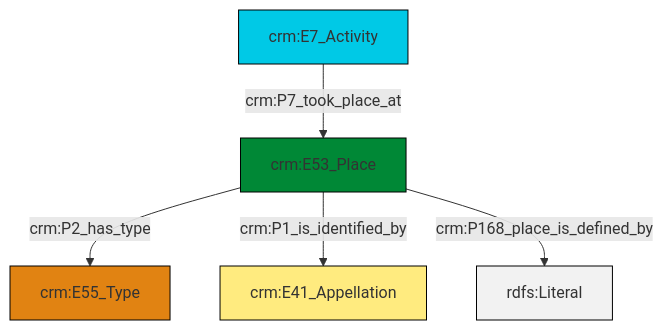
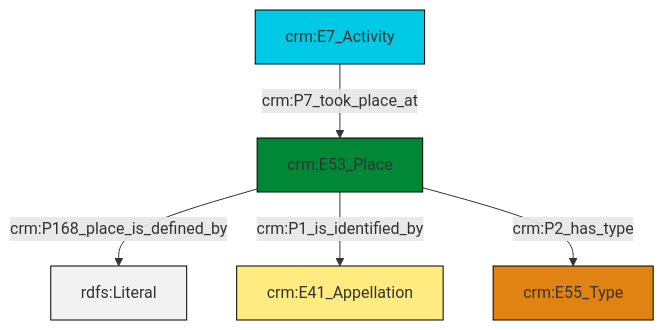
One commit to swiss-art-research-net/docs.swissartresearch changed the diagram in et/eventCSV/ttl/mmd/event_location.ttl.mmd. Above: the diagram before and after it, drawn with Mermaid. The commit also changed 176 other files, not shown here.

```diff
--- a/et/eventCSV/ttl/mmd/event_location.ttl.mmd
+++ b/et/eventCSV/ttl/mmd/event_location.ttl.mmd
@@ -1,19 +1,19 @@
 graph TD
 classDef Literal fill:#f2f2f2,stroke:#000000;
 classDef CRM_Entity fill:#FFFFFF,stroke:#000000;
 classDef Temporal_Entity fill:#00C9E6, stroke:#000000;
 classDef Type fill:#E18312, stroke:#000000;
 classDef Time-Span fill:#2C9C91, stroke:#000000;
 classDef Appellation fill:#FFEB7F, stroke:#000000;
 classDef Place fill:#008836, stroke:#000000;
 classDef Persistent_Item fill:#B266B2, stroke:#000000;
 classDef Conceptual_Object fill:#FFD700, stroke:#000000;
 classDef Physical_Thing fill:#D2B48C, stroke:#000000;
 classDef Actor fill:#f58aad, stroke:#000000;
 classDef PC_Classes fill:#4ce600, stroke:#000000;
 classDef Multi fill:#cccccc,stroke:#000000;
 
-0["crm:E53_Place"]:::Place -->|crm:P2_has_type| 2["crm:E55_Type"]:::Type
-0["crm:E53_Place"]:::Place -->|crm:P1_is_identified_by| 3["crm:E41_Appellation"]:::Appellation
-0["crm:E53_Place"]:::Place -->|crm:P168_place_is_defined_by| 7[rdfs:Literal]:::Literal
-5["crm:E7_Activity"]:::Temporal_Entity -->|crm:P7_took_place_at| 0["crm:E53_Place"]:::Place
+0["crm:E53_Place"]:::Place -->|crm:P168_place_is_defined_by| 1[rdfs:Literal]:::Literal
+2["crm:E7_Activity"]:::Temporal_Entity -->|crm:P7_took_place_at| 0["crm:E53_Place"]:::Place
+0["crm:E53_Place"]:::Place -->|crm:P1_is_identified_by| 5["crm:E41_Appellation"]:::Appellation
+0["crm:E53_Place"]:::Place -->|crm:P2_has_type| 7["crm:E55_Type"]:::Type
```
